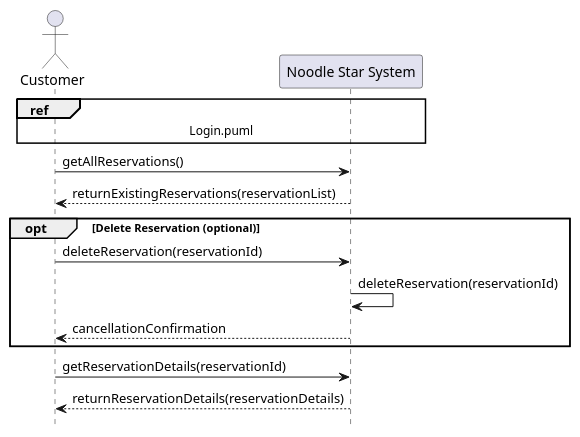
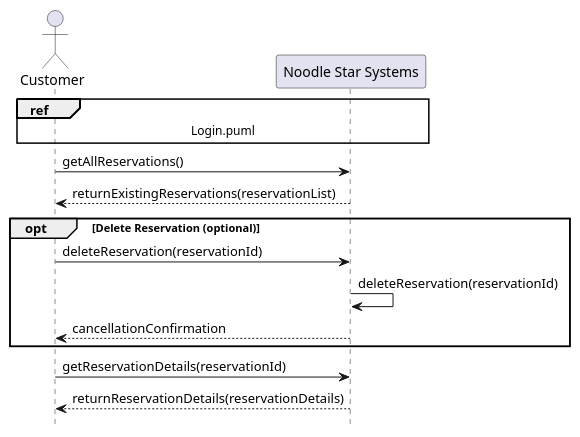
Before and after one commit to Sunveerg/Noodle-Star: the diagram in NoodleStar/Diagram/SystemSequenceDiagram/Customer/NoodleStar(ViewReservation).puml, drawn with PlantUML.

```diff
--- a/NoodleStar/Diagram/SystemSequenceDiagram/Customer/NoodleStar(ViewReservation).puml
+++ b/NoodleStar/Diagram/SystemSequenceDiagram/Customer/NoodleStar(ViewReservation).puml
@@ -1,23 +1,23 @@
 @startuml
 hide footbox
 actor Customer
-participant "Noodle Star System" as System
+participant "Noodle Star Systems" as System
 
 
 
 ref over Customer, System : Login.puml
 
 Customer -> System: getAllReservations()
 System --> Customer: returnExistingReservations(reservationList)
 
 ' Extend: Deleting a reservation is optional
 opt Delete Reservation (optional)
     Customer -> System: deleteReservation(reservationId)
     System -> System: deleteReservation(reservationId)
     System --> Customer: cancellationConfirmation
 end opt
 
 Customer -> System: getReservationDetails(reservationId)
 System --> Customer: returnReservationDetails(reservationDetails)
 
 @enduml
```
